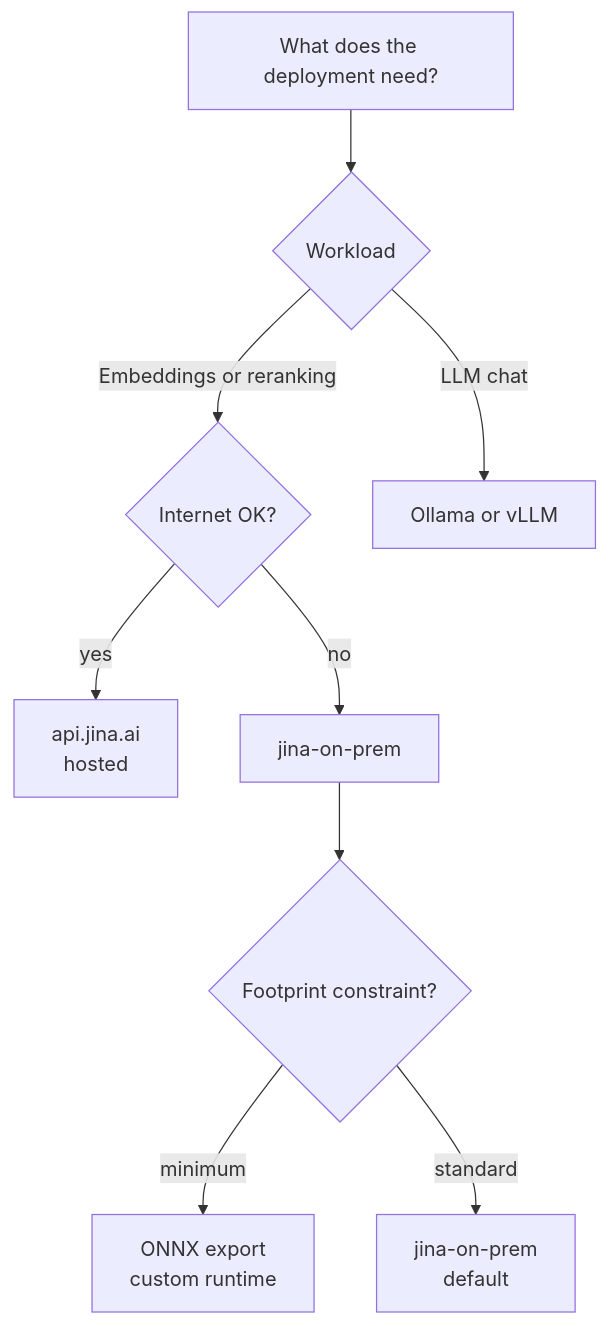
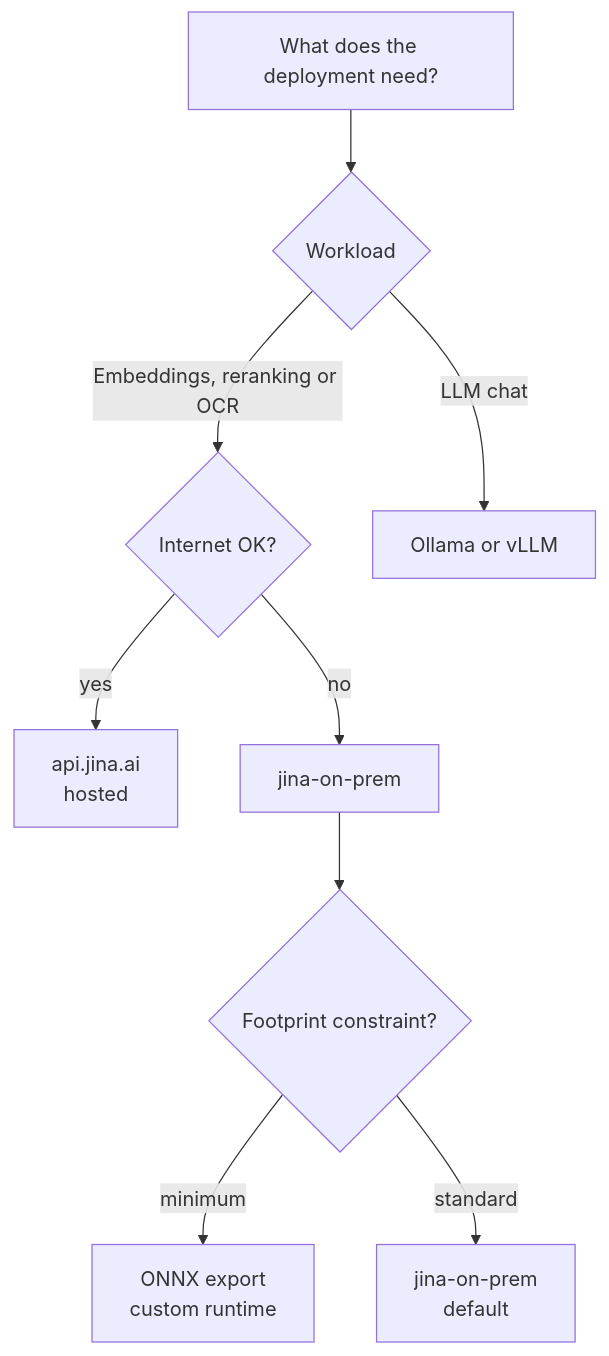
Before and after one commit to jina-ai/jina-on-prem: the second of 2 diagrams in docs/Comparison.md, drawn with Mermaid. The commit also changed other lines of this file and 15 other files, not shown here.

````diff
--- a/docs/Comparison.md
+++ b/docs/Comparison.md
@@ -100,15 +103,15 @@
 ```mermaid
 flowchart TD
     A[What does the deployment need?]
     A --> B{Workload}
-    B -- Embeddings or reranking --> C{Internet OK?}
+    B -- Embeddings, reranking or OCR --> C{Internet OK?}
     B -- LLM chat --> D[Ollama or vLLM]
     C -- yes --> E[api.jina.ai
 hosted]
     C -- no --> F[jina-on-prem]
     F --> G{Footprint constraint?}
     G -- minimum --> H[ONNX export
 custom runtime]
     G -- standard --> I[jina-on-prem
 default]
 ```
````
